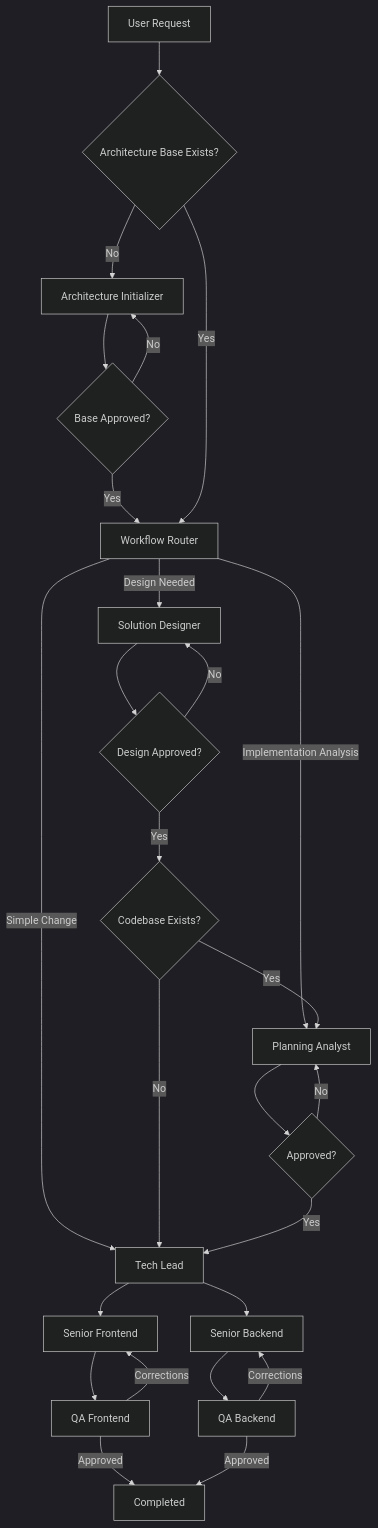
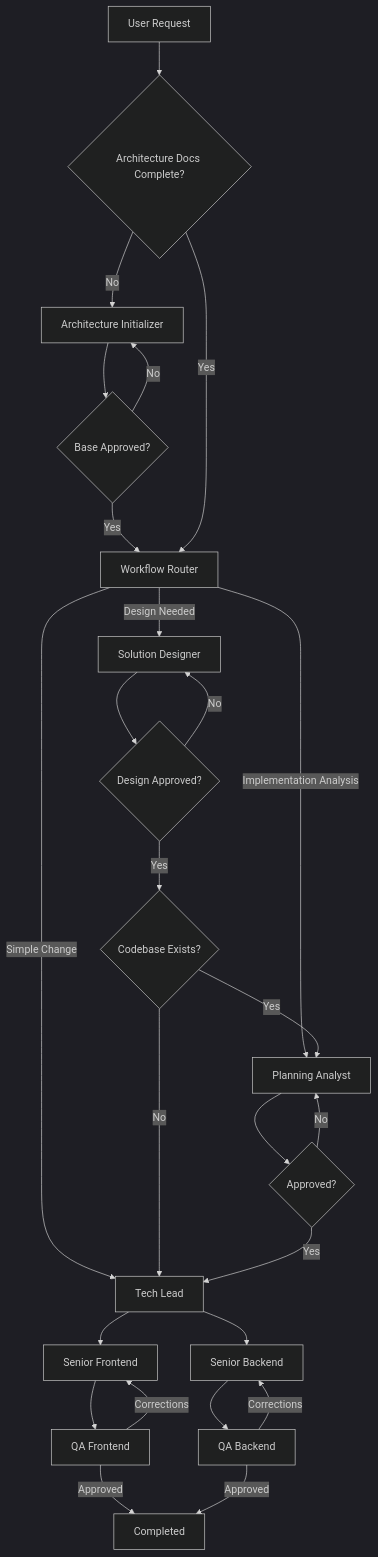
One commit to Xounder/investy changed the diagram in .opencode/skills/delivery-pipeline/SKILL.md. Above: the diagram before and after it, drawn with Mermaid (dark theme). The commit also changed other lines of this file and 10 other files, not shown here.

````diff
--- a/.opencode/skills/delivery-pipeline/SKILL.md
+++ b/.opencode/skills/delivery-pipeline/SKILL.md
@@ -165,44 +168,44 @@
 ```mermaid
 flowchart TD
 
 A[User Request]
---> AI{Architecture Base Exists?}
+--> AI{Architecture Docs Complete?}
 
 AI -->|No| ABI[Architecture Initializer]
 
 ABI --> ABI_APPROVAL{Base Approved?}
 
 ABI_APPROVAL -->|No| ABI
 ABI_APPROVAL -->|Yes| B[Workflow Router]
 
 AI -->|Yes| B[Workflow Router]
 
 B -->|Design Needed| SD[Solution Designer]
 B -->|Implementation Analysis| PA[Planning Analyst]
 B -->|Simple Change| TL[Tech Lead]
 
 SD --> SD_APPROVAL{Design Approved?}
 
 SD_APPROVAL -->|No| SD
 SD_APPROVAL -->|Yes| CB{Codebase Exists?}
 
 CB -->|Yes| PA
 CB -->|No| TL
 
 PA --> PA_APPROVAL{Approved?}
 
 PA_APPROVAL -->|No| PA
 PA_APPROVAL -->|Yes| TL
 
 TL --> FE[Senior Frontend]
 TL --> BE[Senior Backend]
 
 FE --> QAFE[QA Frontend]
 BE --> QABE[QA Backend]
 
 QAFE -->|Corrections| FE
 QABE -->|Corrections| BE
 
 QAFE -->|Approved| DONE[Completed]
 QABE -->|Approved| DONE
 ```
````
